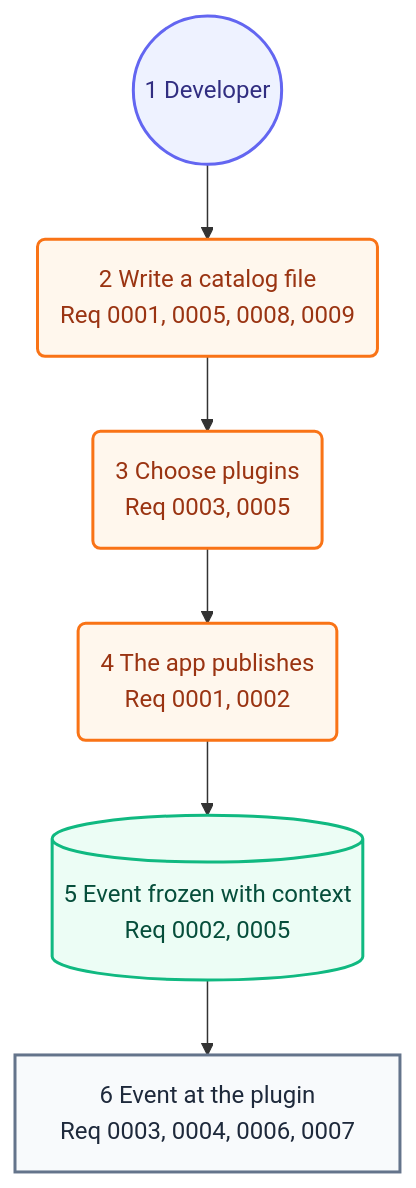
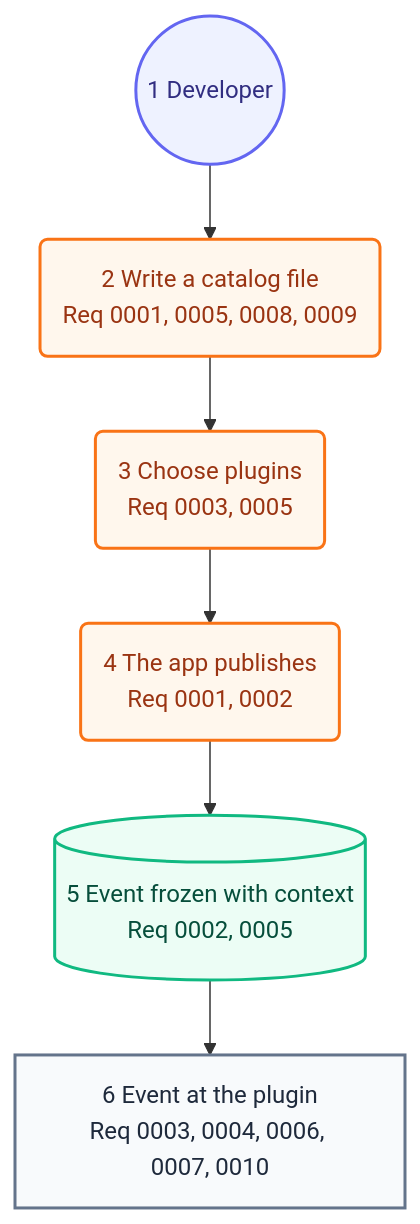
The second of 2 diagrams in docs/architecture/05-user-journey.md (may-journal/Stratum-Observability-Java), drawn with Mermaid before and after one commit. The commit also changed other lines of this file and 16 other files, not shown here.

````diff
--- a/docs/architecture/05-user-journey.md
+++ b/docs/architecture/05-user-journey.md
@@ -31,20 +31,20 @@
 ```mermaid
 flowchart TB
     dev((1 Developer)):::persona
     catalog(2 Write a catalog file<br/>Req 0001, 0005, 0008, 0009):::action
     plugins(3 Choose plugins<br/>Req 0003, 0005):::action
     publish(4 The app publishes<br/>Req 0001, 0002):::action
     snapshot[(5 Event frozen with context<br/>Req 0002, 0005)]:::system
-    plugin[6 Event at the plugin<br/>Req 0003, 0004, 0006, 0007]:::screen
+    plugin[6 Event at the plugin<br/>Req 0003, 0004, 0006, 0007, 0010]:::screen
 
     dev --> catalog
     catalog --> plugins
     plugins --> publish
     publish --> snapshot
     snapshot --> plugin
 
     classDef persona fill:#eef2ff,stroke:#6366f1,color:#312e81,stroke-width:2px
     classDef screen fill:#f8fafc,stroke:#64748b,color:#1e293b,stroke-width:2px
     classDef action fill:#fff7ed,stroke:#f97316,color:#9a3412,stroke-width:2px
     classDef system fill:#ecfdf5,stroke:#10b981,color:#064e3b,stroke-width:2px
 ```
````
